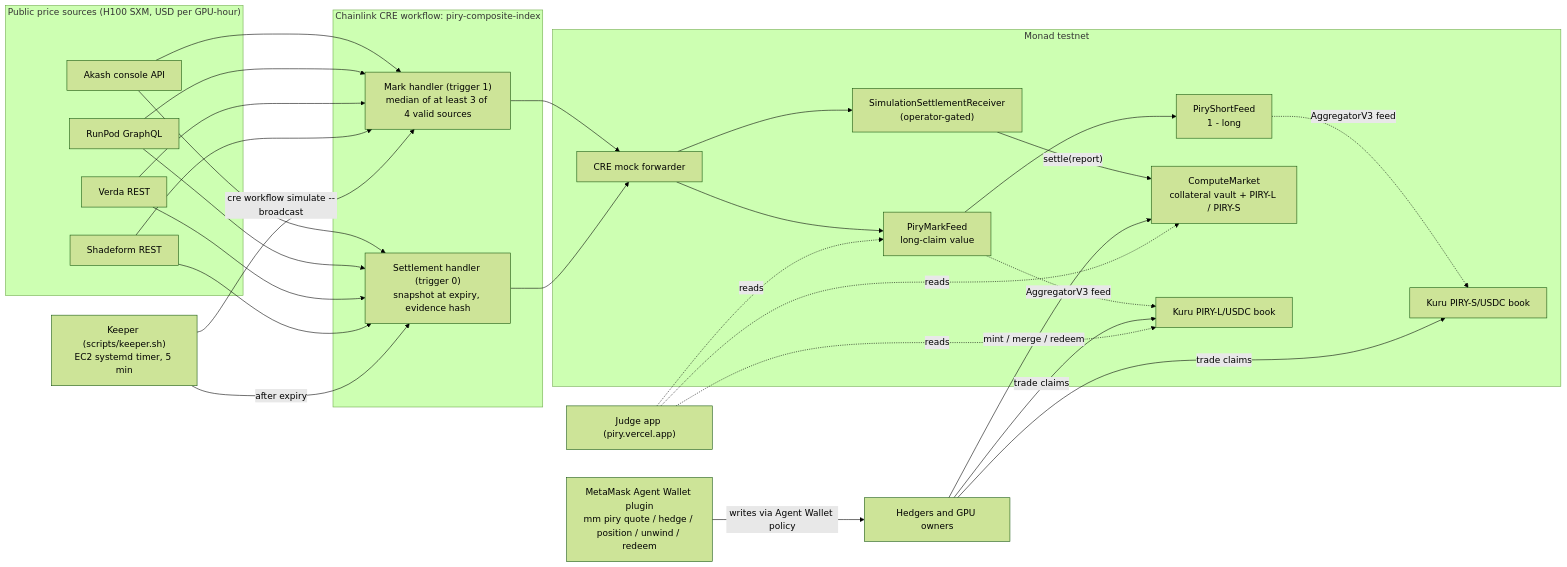
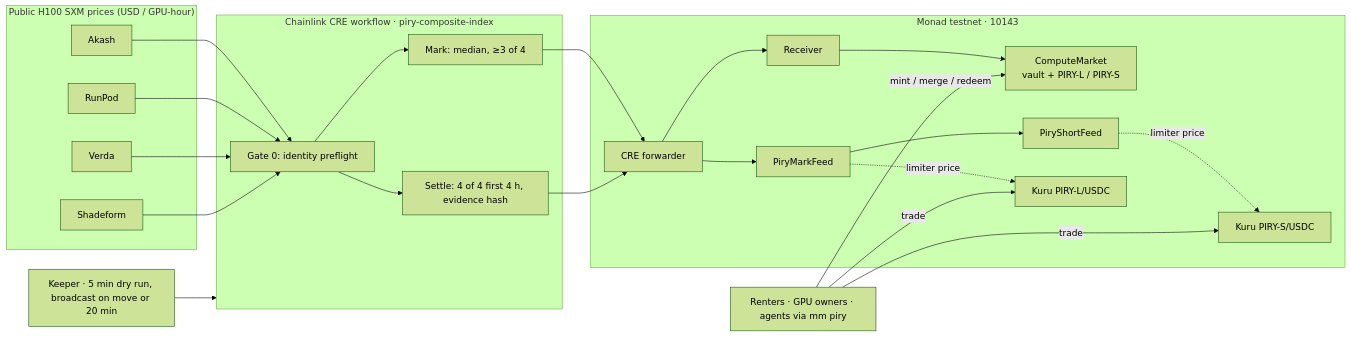
One commit to Cassxbt/piry changed the diagram in README.md. Above: the diagram before and after it, drawn with Mermaid (forest theme). The commit also changed other lines of this file and 3 other files, not shown here.

First line of the commit message:
docs: rewrite the readme as a judge-first proof page; reframe traction copy

````diff
--- a/README.md
+++ b/README.md
@@ -62,46 +182,24 @@
 ```mermaid
 flowchart LR
-    subgraph SRC["Public price sources (H100 SXM, USD per GPU-hour)"]
-        AK[Akash console API]
-        RP[RunPod GraphQL]
-        VD[Verda REST]
-        SF[Shadeform REST]
+    subgraph SRC["Public H100 SXM prices (USD / GPU-hour)"]
+        AK[Akash] & RP[RunPod] & VD[Verda] & SF[Shadeform]
     end
-
-    subgraph CRE["Chainlink CRE workflow: piry-composite-index"]
-        MK["Mark handler (trigger 1)<br/>median of at least 3 of 4 valid sources"]
-        ST["Settlement handler (trigger 0)<br/>snapshot at expiry, evidence hash"]
+    subgraph CRE["Chainlink CRE workflow · piry-composite-index"]
+        PF["Gate 0: identity preflight"] --> MK["Mark: median, ≥3 of 4"]
+        PF --> ST["Settle: 4 of 4 first 4 h, evidence hash"]
     end
-
-    KP["Keeper (scripts/keeper.sh)<br/>EC2 systemd timer, 5 min"]
-
-    subgraph MON["Monad testnet"]
-        FWD["CRE mock forwarder"]
-        RCV["SimulationSettlementReceiver<br/>(operator-gated)"]
-        MF["PiryMarkFeed<br/>long-claim value"]
-        SFD["PiryShortFeed<br/>1 - long"]
-        CM["ComputeMarket<br/>collateral vault + PIRY-L / PIRY-S"]
-        KL["Kuru PIRY-L/USDC book"]
-        KS["Kuru PIRY-S/USDC book"]
+    KP["Keeper · 5 min dry run, broadcast on move or 20 min"]
+    subgraph MON["Monad testnet · 10143"]
+        FWD["CRE forwarder"] --> RCV["Receiver"] --> CM["ComputeMarket<br/>vault + PIRY-L / PIRY-S"]
+        FWD --> MF["PiryMarkFeed"] --> SFD["PiryShortFeed"]
+        KL["Kuru PIRY-L/USDC"] & KS["Kuru PIRY-S/USDC"]
     end
-
-    MM["MetaMask Agent Wallet plugin<br/>mm piry quote / hedge / position / unwind / redeem"]
-    APP["Judge app (piry.vercel.app)"]
-
-    AK & RP & VD & SF --> MK
-    AK & RP & VD & SF --> ST
-    KP -- "cre workflow simulate --broadcast" --> MK
-    KP -- "after expiry" --> ST
-    MK --> FWD --> MF
-    ST --> FWD --> RCV -- "settle(report)" --> CM
-    MF --> SFD
-    MF -. "AggregatorV3 feed" .-> KL
-    SFD -. "AggregatorV3 feed" .-> KS
-    TR["Hedgers and GPU owners"] -- "mint / merge / redeem" --> CM
-    TR -- "trade claims" --> KL
-    TR -- "trade claims" --> KS
-    MM -- "writes via Agent Wallet policy" --> TR
-    APP -. "reads" .-> CM
-    APP -. "reads" .-> KL
-    APP -. "reads" .-> MF
+    AK & RP & VD & SF --> PF
+    KP --> CRE
+    MK --> FWD
+    ST --> FWD
+    MF -. "limiter price" .-> KL
+    SFD -. "limiter price" .-> KS
+    U["Renters · GPU owners · agents via mm piry"] -- "mint / merge / redeem" --> CM
+    U -- "trade" --> KL & KS
 ```
````
